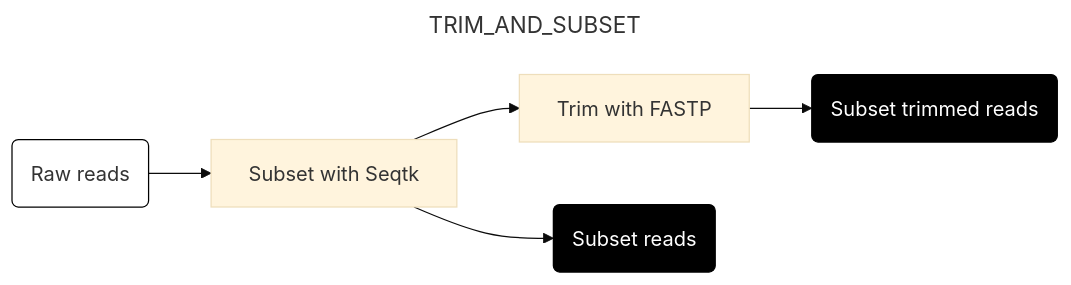
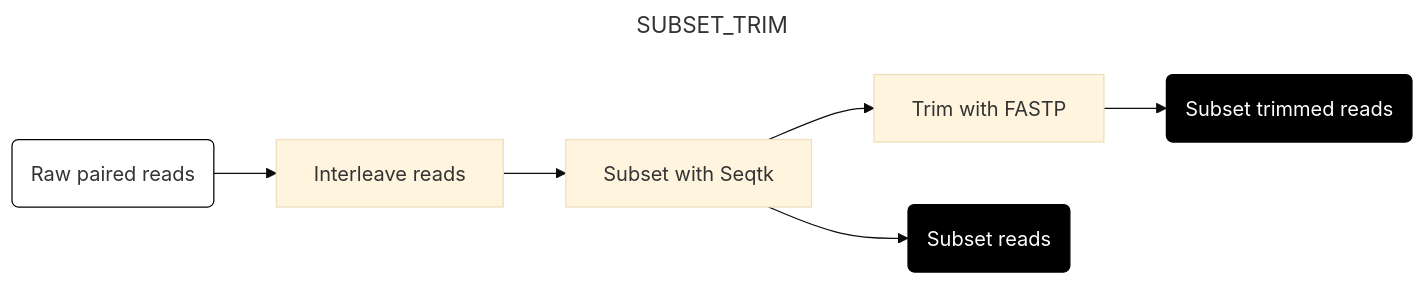
The second of 8 diagrams in docs/run.md (naobservatory/mgs-workflow), drawn with Mermaid (base theme) before and after one commit. The commit also changed other lines of this file, not shown here.

````diff
--- a/docs/run.md
+++ b/docs/run.md
@@ -65,15 +65,16 @@
 ```mermaid
 ---
-title: TRIM_AND_SUBSET
+title: SUBSET_TRIM
 config:
   layout: horizontal
 ---
 flowchart LR
-A(Raw reads)  --> B[Subset with Seqtk]
-B --> C[Trim with FASTP]
-B --> D(Subset reads)
-C --> E(Subset trimmed reads)
+A(Raw paired reads) --> B[Interleave reads]
+B --> C[Subset with Seqtk]
+C --> D[Trim with FASTP]
+C --> E(Subset reads)
+D --> F(Subset trimmed reads)
 style A fill:#fff,stroke:#000
-style D fill:#000,color:#fff,stroke:#000
 style E fill:#000,color:#fff,stroke:#000
+style F fill:#000,color:#fff,stroke:#000
 ```
````
